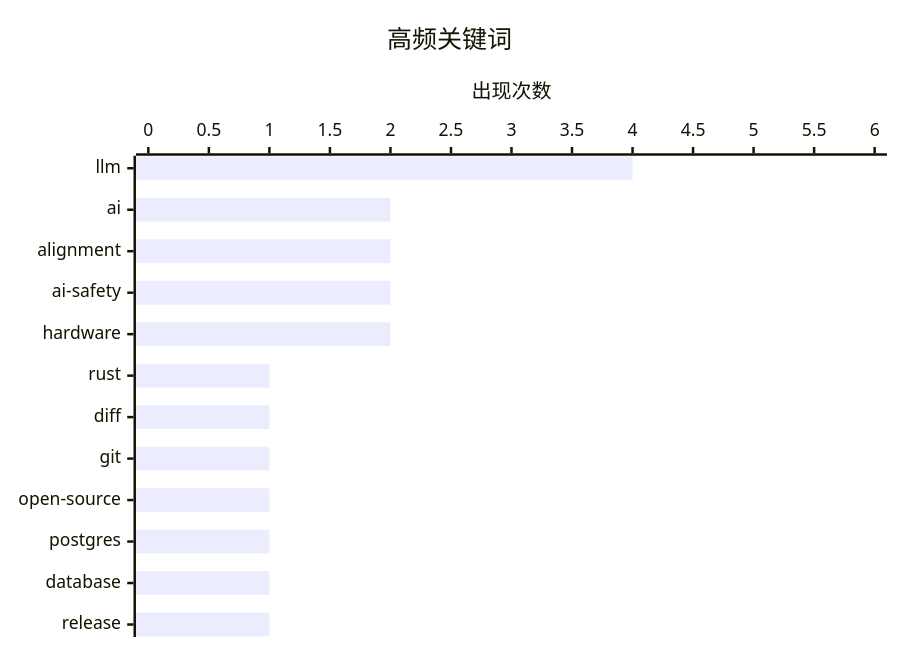
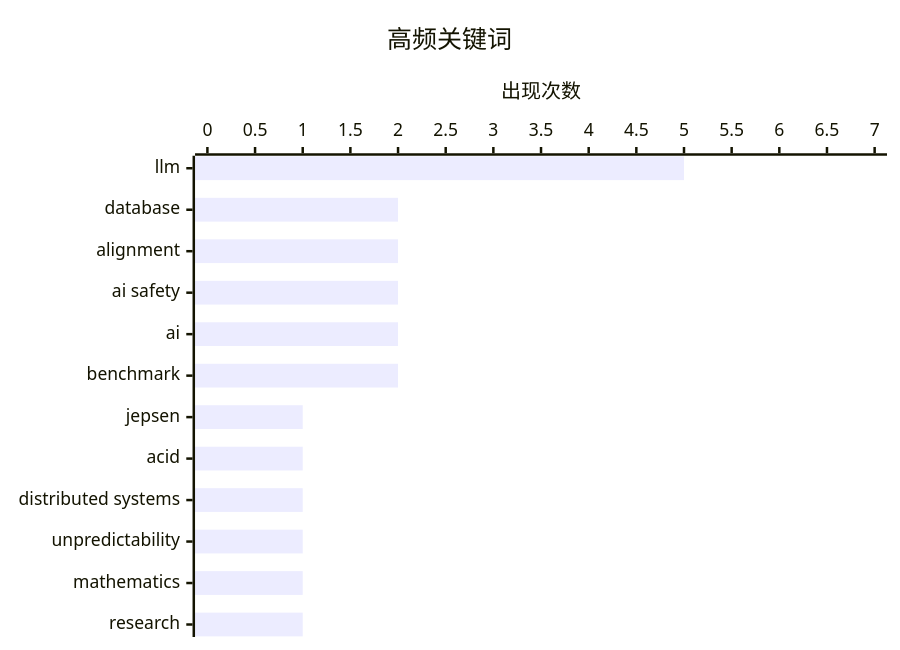
The second of 2 diagrams in digests/digest-20261102.md (jingxiebumin/ai-daily-digest), drawn with Mermaid before and after one commit. The commit also changed other lines of this file, not shown here.

````diff
--- a/digests/digest-20261102.md
+++ b/digests/digest-20261102.md
@@ -424,7 +371,7 @@
 ```mermaid
 xychart-beta horizontal
     title "高频关键词"
-    x-axis ["llm", "ai", "alignment", "ai-safety", "hardware", "rust", "diff", "git", "open-source", "postgres", "database", "release"]
-    y-axis "出现次数" 0 --> 6
-    bar [4, 2, 2, 2, 2, 1, 1, 1, 1, 1, 1, 1]
+    x-axis ["llm", "database", "alignment", "ai safety", "ai", "benchmark", "jepsen", "acid", "distributed systems", "unpredictability", "mathematics", "research"]
+    y-axis "出现次数" 0 --> 7
+    bar [5, 2, 2, 2, 2, 2, 1, 1, 1, 1, 1, 1]
 ```
````
